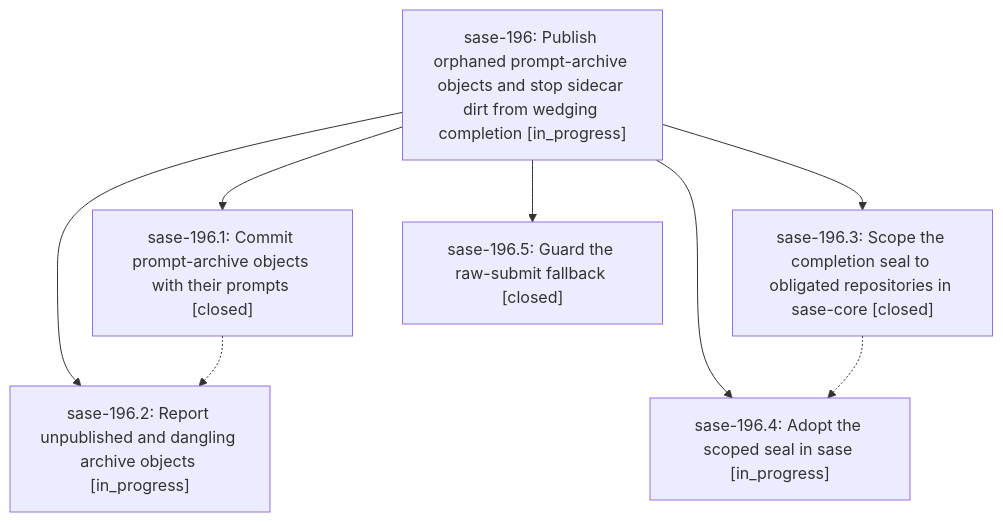
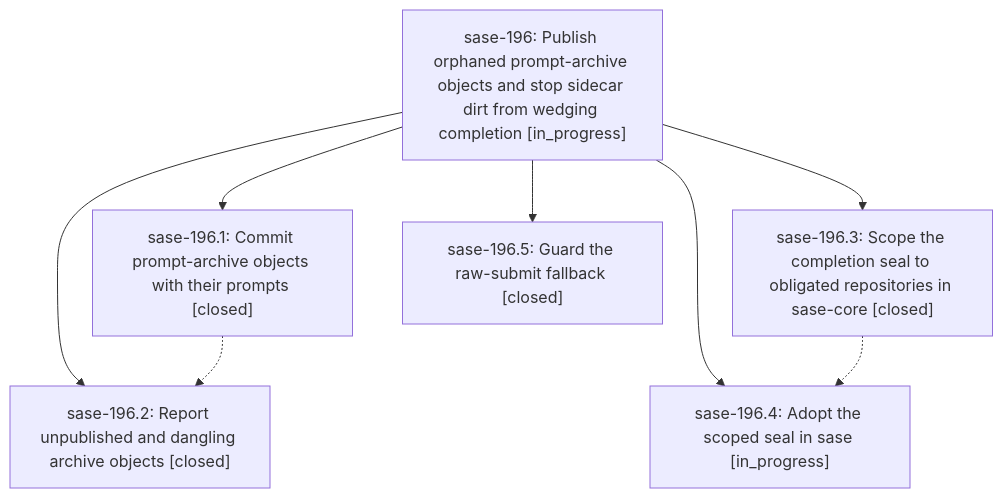
Before and after one commit to sase-org/sase--beads: the diagram in pages/sase-196/README.md, drawn with Mermaid. The commit also changed other lines of this file and 5 other files, not shown here.

````diff
--- a/pages/sase-196/README.md
+++ b/pages/sase-196/README.md
@@ -26,16 +26,16 @@
 ```mermaid
 flowchart TD
     n0["sase-196: Publish orphaned prompt-archive objects and stop sidecar dirt from wedging completion [in_progress]"]
     n1["sase-196.1: Commit prompt-archive objects with their prompts [closed]"]
-    n2["sase-196.2: Report unpublished and dangling archive objects [in_progress]"]
+    n2["sase-196.2: Report unpublished and dangling archive objects [closed]"]
     n3["sase-196.3: Scope the completion seal to obligated repositories in sase-core [closed]"]
     n4["sase-196.4: Adopt the scoped seal in sase [in_progress]"]
     n5["sase-196.5: Guard the raw-submit fallback [closed]"]
     n0 --> n1
     n0 --> n2
     n0 --> n3
     n0 --> n4
     n0 --> n5
     n1 -.-> n2
     n3 -.-> n4
 ```
````
